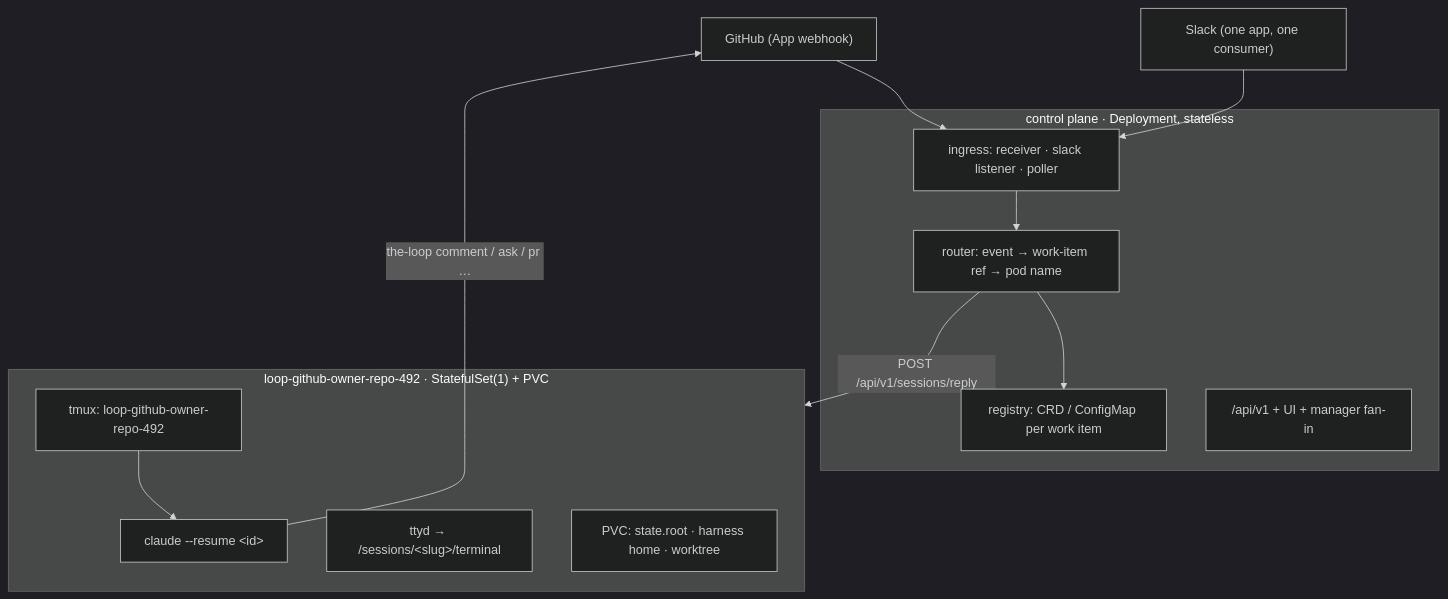
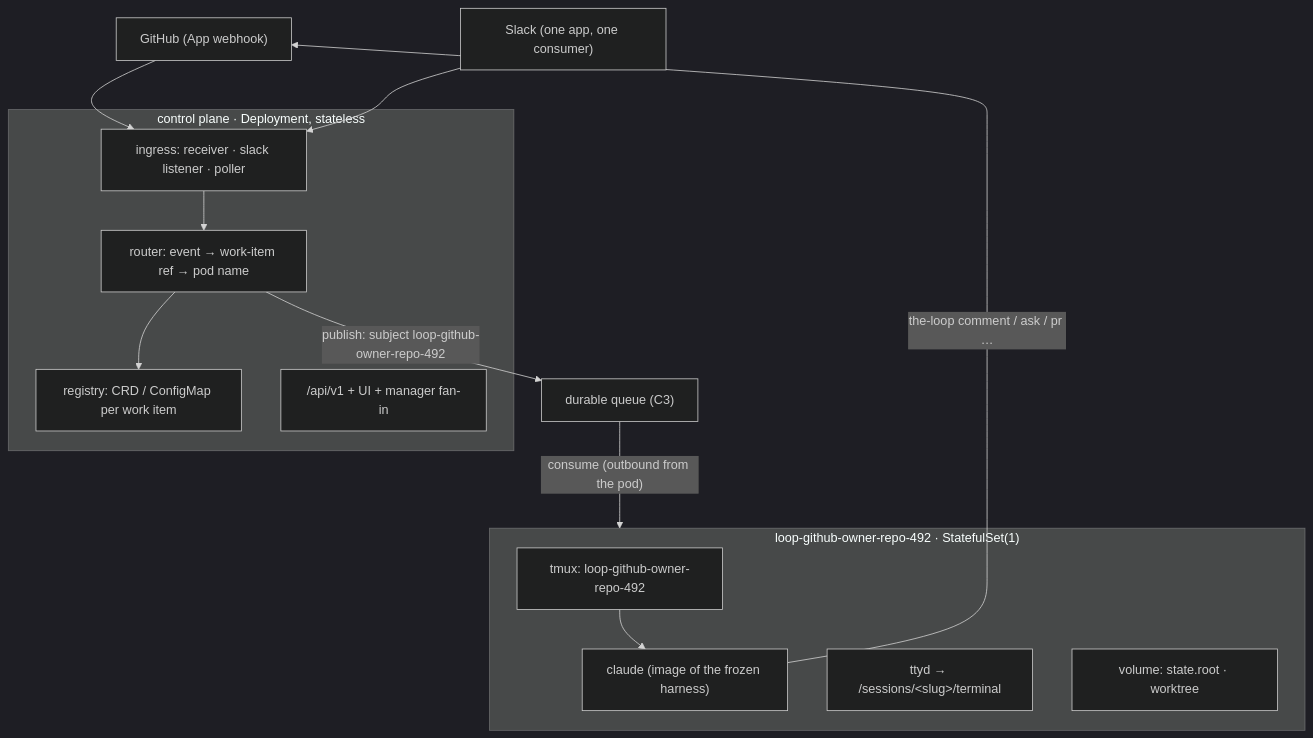
Before and after one commit to MadaraUchiha-314/the-loop: the second of 3 diagrams in docs/specs/issue-492/brainstorm.md, drawn with Mermaid (dark theme). The commit also changed other lines of this file and 1 other file, not shown here.

````diff
--- a/docs/specs/issue-492/brainstorm.md
+++ b/docs/specs/issue-492/brainstorm.md
@@ -312,17 +365,18 @@
 ```mermaid
 flowchart TB
   GH["GitHub (App webhook)"] --> IN
   SL["Slack (one app, one consumer)"] --> IN
   subgraph cp["control plane · Deployment, stateless"]
     IN["ingress: receiver · slack listener · poller"] --> R["router: event → work-item ref → pod name"]
     R --> REG["registry: CRD / ConfigMap per work item"]
     API["/api/v1 + UI + manager fan-in"]
   end
-  R -- "POST /api/v1/sessions/reply" --> P1
-  subgraph P1["loop-github-owner-repo-492 · StatefulSet(1) + PVC"]
-    T["tmux: loop-github-owner-repo-492"] --> H["claude --resume &lt;id&gt;"]
+  R -- "publish: subject loop-github-owner-repo-492" --> Q["durable queue (C3)"]
+  Q -- "consume (outbound from the pod)" --> P1
+  subgraph P1["loop-github-owner-repo-492 · StatefulSet(1)"]
+    T["tmux: loop-github-owner-repo-492"] --> H["claude (image of the frozen harness)"]
     TT["ttyd → /sessions/&lt;slug&gt;/terminal"]
-    V["PVC: state.root · harness home · worktree"]
+    V["volume: state.root · worktree"]
   end
   H -- "the-loop comment / ask / pr …" --> GH
 ```
````
